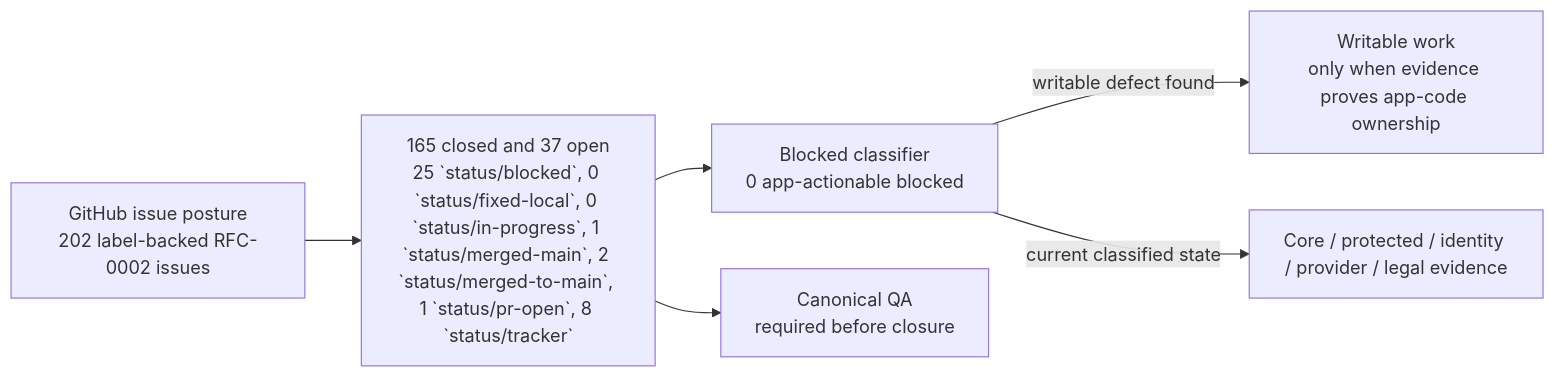
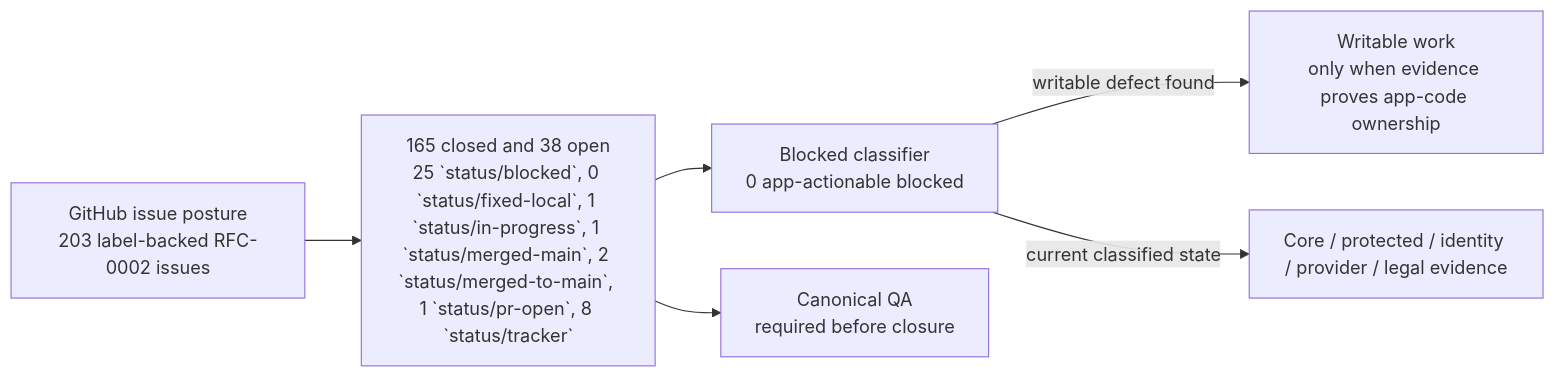
One commit to sgajbi/lotus-idea changed the first of 2 diagrams in wiki/RFC-0002-Execution-Status.md. Above: the diagram before and after it, drawn with Mermaid. The commit also changed other lines of this file and 12 other files, not shown here.

````diff
--- a/wiki/RFC-0002-Execution-Status.md
+++ b/wiki/RFC-0002-Execution-Status.md
@@ -39,15 +39,15 @@
 ```mermaid
 flowchart LR
-    Issues["GitHub issue posture<br/>202 label-backed RFC-0002 issues"]
-    Open["165 closed and 37 open<br/>25 `status/blocked`, 0 `status/fixed-local`, 0 `status/in-progress`, 1 `status/merged-main`, 2 `status/merged-to-main`, 1 `status/pr-open`, 8 `status/tracker`"]
+    Issues["GitHub issue posture<br/>203 label-backed RFC-0002 issues"]
+    Open["165 closed and 38 open<br/>25 `status/blocked`, 0 `status/fixed-local`, 1 `status/in-progress`, 1 `status/merged-main`, 2 `status/merged-to-main`, 1 `status/pr-open`, 8 `status/tracker`"]
     Blocked["Blocked classifier<br/>0 app-actionable blocked"]
     Work["Writable work<br/>only when evidence proves app-code ownership"]
     External["Core / protected / identity / provider / legal evidence"]
     QA["Canonical QA<br/>required before closure"]
 
     Issues --> Open
     Open --> Blocked
     Blocked -->|"writable defect found"| Work
     Blocked -->|"current classified state"| External
     Open --> QA
 ```
````
